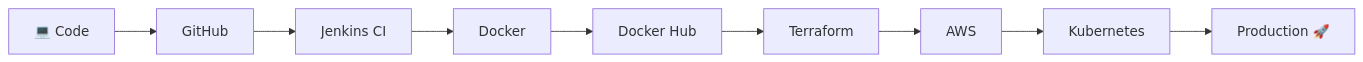
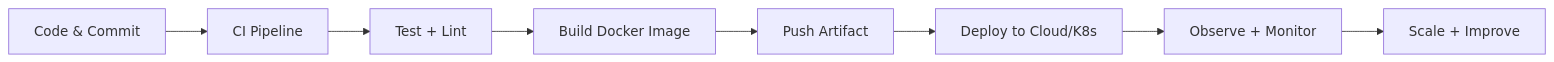
One commit to iamsnyg/SunnyGupta changed the diagram in README.md. Above: the diagram before and after it, drawn with Mermaid. The commit also changed other lines of this file, not shown here.

````diff
--- a/README.md
+++ b/README.md
@@ -70,36 +70,10 @@
 ```mermaid
 flowchart LR
-
-A[💻 Code]
--->
-
-B[GitHub]
-
--->
-
-C[Jenkins CI]
-
--->
-
-D[Docker]
-
--->
-
-E[Docker Hub]
-
--->
-
-F[Terraform]
-
--->
-
-G[AWS]
-
--->
-
-H[Kubernetes]
-
--->
-
-I[Production 🚀]
+    A[Code & Commit] --> B[CI Pipeline]
+    B --> C[Test + Lint]
+    C --> D[Build Docker Image]
+    D --> E[Push Artifact]
+    E --> F[Deploy to Cloud/K8s]
+    F --> G[Observe + Monitor]
+    G --> H[Scale + Improve]
 ```
````
